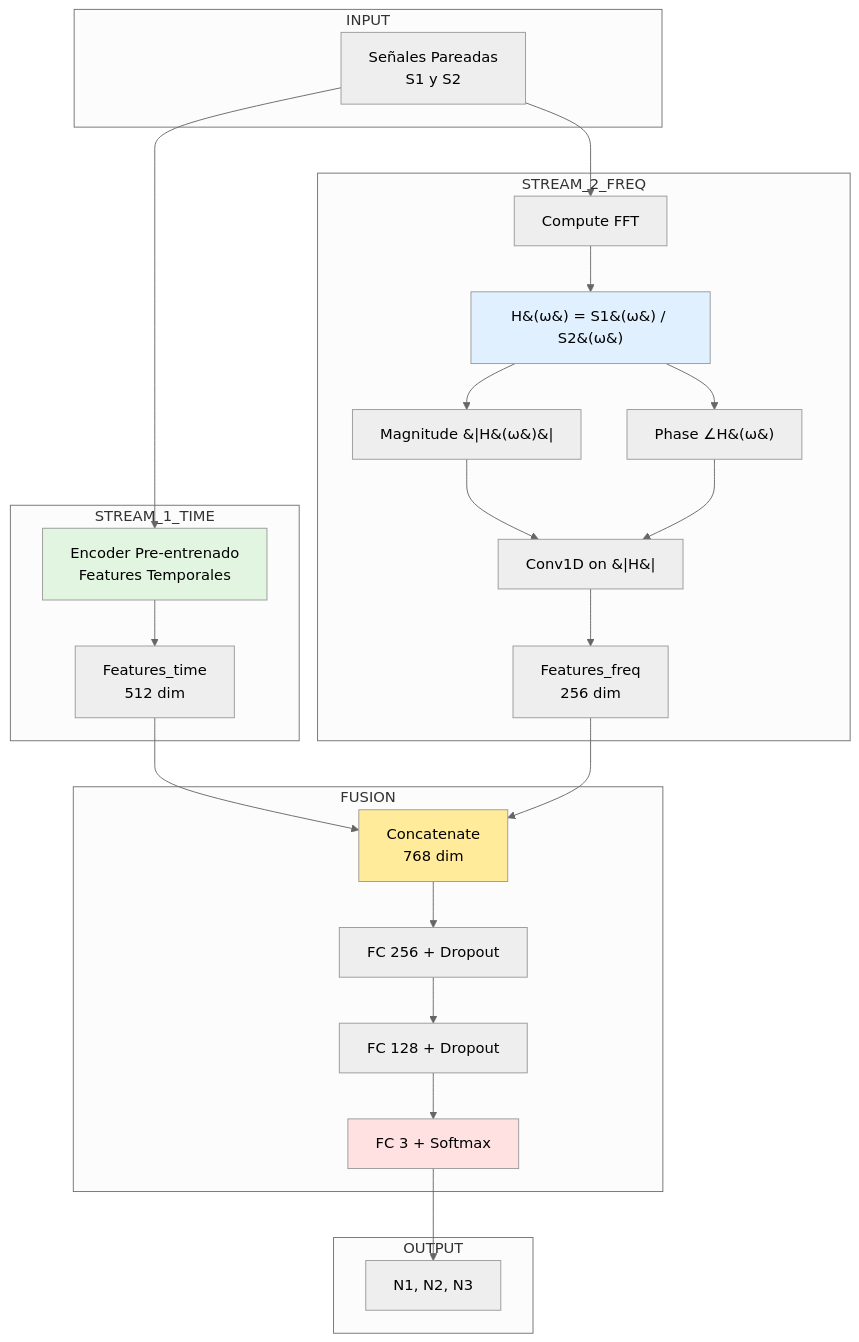
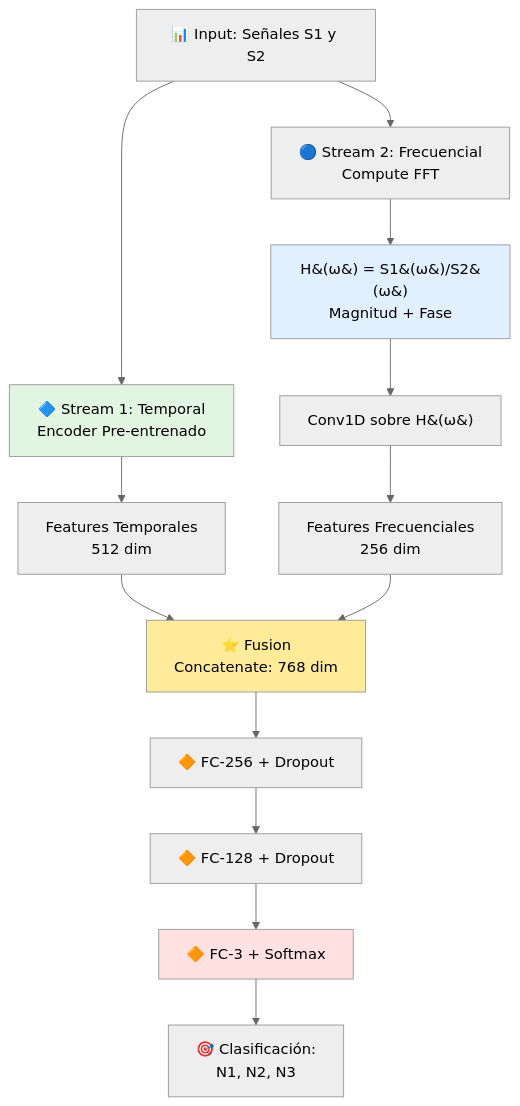
Before and after one commit to giansmart/deepsolation: the fifth of 5 diagrams in PROPUESTA_CNN_ARQUITECTURA.md, drawn with Mermaid (neutral theme). The commit also changed other lines of this file, not shown here.

````diff
--- a/PROPUESTA_CNN_ARQUITECTURA.md
+++ b/PROPUESTA_CNN_ARQUITECTURA.md
@@ -664,38 +652,27 @@
 ```mermaid
 graph TB
-    subgraph INPUT
-    A[Señales Pareadas<br/>S1 y S2]
-    end
+    A[📊 Input: Señales S1 y S2]
 
-    subgraph STREAM_1_TIME
-    A --> B[Encoder Pre-entrenado<br/>Features Temporales]
-    B --> C[Features_time<br/>512 dim]
-    end
+    A --> B[🔷 Stream 1: Temporal<br/>Encoder Pre-entrenado]
+    A --> C[🔵 Stream 2: Frecuencial<br/>Compute FFT]
 
-    subgraph STREAM_2_FREQ
-    A --> D[Compute FFT]
-    D --> E[H&#40;ω&#41; = S1&#40;ω&#41; / S2&#40;ω&#41;]
-    E --> F[Magnitude &#124;H&#40;ω&#41;&#124;]
-    E --> G[Phase ∠H&#40;ω&#41;]
-    F --> H[Conv1D on &#124;H&#124;]
+    B --> D[Features Temporales<br/>512 dim]
+
+    C --> E[H&#40;ω&#41; = S1&#40;ω&#41;/S2&#40;ω&#41;<br/>Magnitud + Fase]
+    E --> F[Conv1D sobre H&#40;ω&#41;]
+    F --> G[Features Frecuenciales<br/>256 dim]
+
+    D --> H[⭐ Fusion<br/>Concatenate: 768 dim]
     G --> H
-    H --> I[Features_freq<br/>256 dim]
-    end
 
-    subgraph FUSION
-    C --> J[Concatenate<br/>768 dim]
-    I --> J
-    J --> K[FC 256 + Dropout]
-    K --> L[FC 128 + Dropout]
-    L --> M[FC 3 + Softmax]
-    end
+    H --> I[🔶 FC-256 + Dropout]
+    I --> J[🔶 FC-128 + Dropout]
+    J --> K[🔶 FC-3 + Softmax]
 
-    subgraph OUTPUT
-    M --> N[N1, N2, N3]
-    end
+    K --> L[🎯 Clasificación:<br/>N1, N2, N3]
 
     style B fill:#e1f5e1
     style E fill:#e1f0ff
-    style J fill:#ffeb99
-    style M fill:#ffe1e1
+    style H fill:#ffeb99
+    style K fill:#ffe1e1
 ```
````
